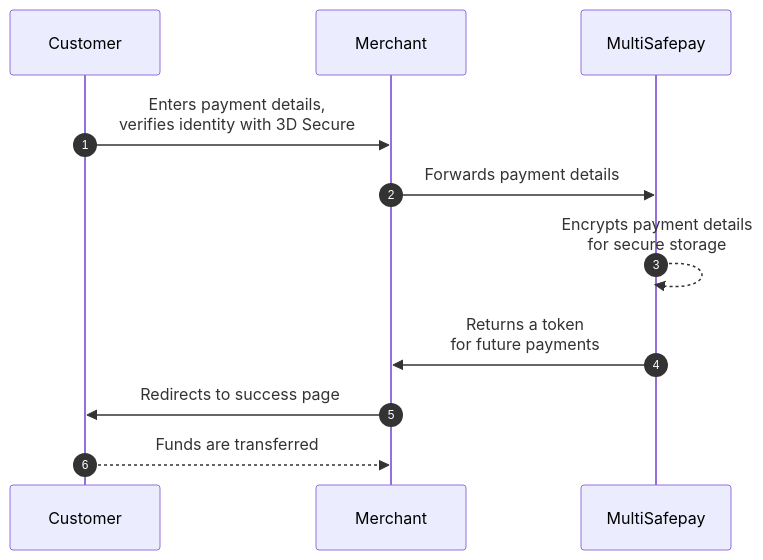
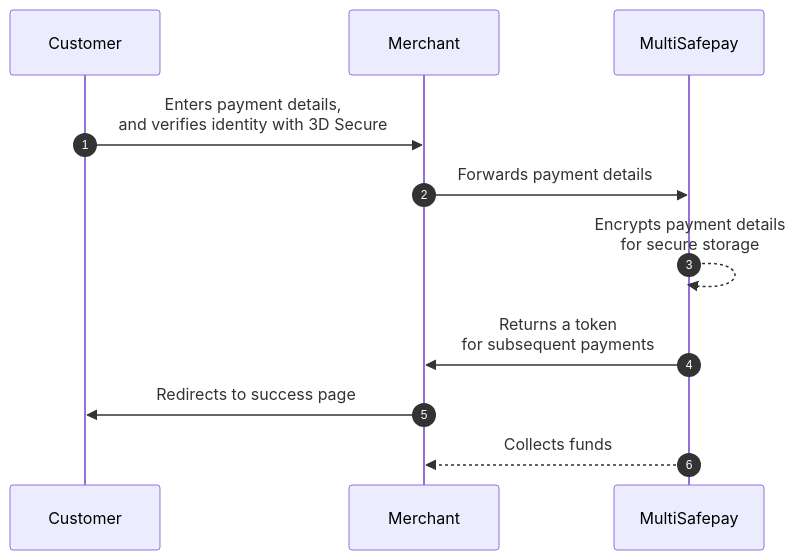
One commit to MultiSafepay/docs changed the first of 3 diagrams in content/payments/features/recurring-payments/_index.md. Above: the diagram before and after it, drawn with Mermaid. The commit also changed other lines of this file, not shown here.

Commit message:
DOCS-3059: Reorganization of Recurring Payments

```diff
--- a/content/payments/features/recurring-payments/_index.md
+++ b/content/payments/features/recurring-payments/_index.md
@@ -33,16 +56,16 @@
 {{< mermaid class="text-center" >}}
 
 sequenceDiagram
     autonumber
     participant C as Customer
     participant Me as Merchant
     participant Mu as MultiSafepay
 
-    C->>Me: Enters payment details, <br> verifies identity with 3D Secure
+    C->>Me: Enters payment details, <br> and verifies identity with 3D Secure
     Me->>Mu: Forwards payment details
     Mu-->>Mu: Encrypts payment details <br> for secure storage
-    Mu->>Me: Returns a token <br> for future payments
+    Mu->>Me: Returns a token <br> for subsequent payments
     Me->>C: Redirects to success page
-    C-->>Me: Funds are transferred
+    Mu-->>Me: Collects funds
 
 {{< /mermaid >}}
```
